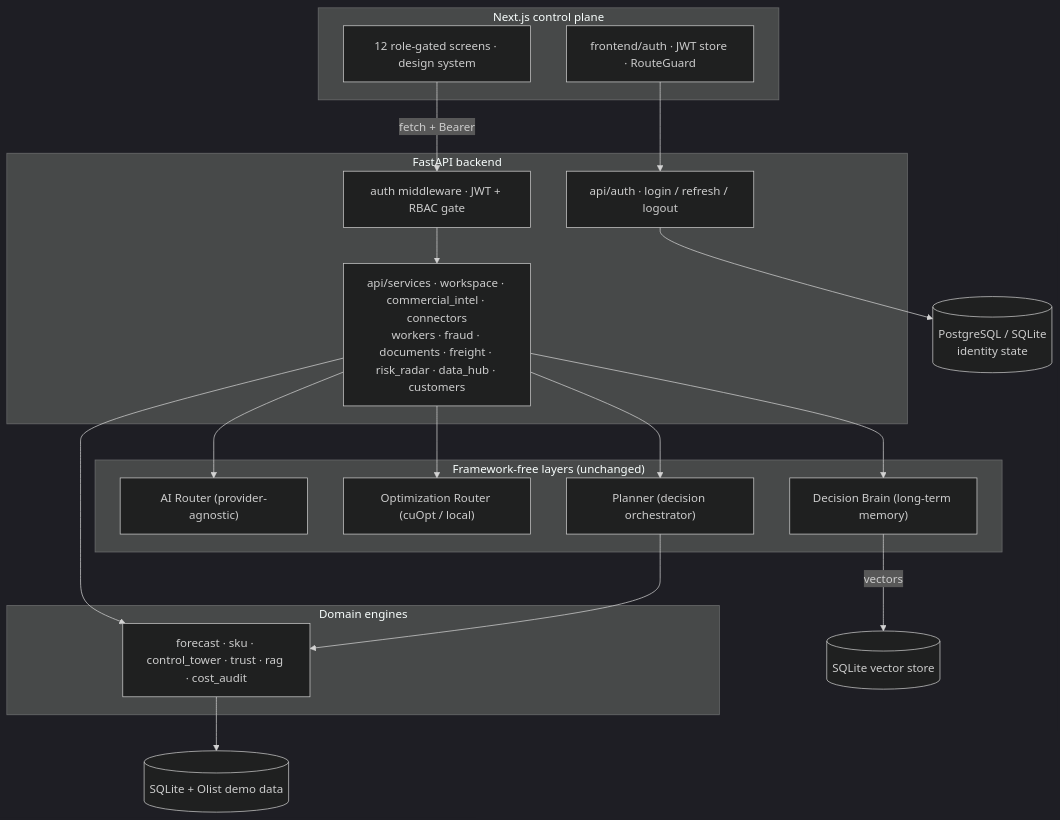
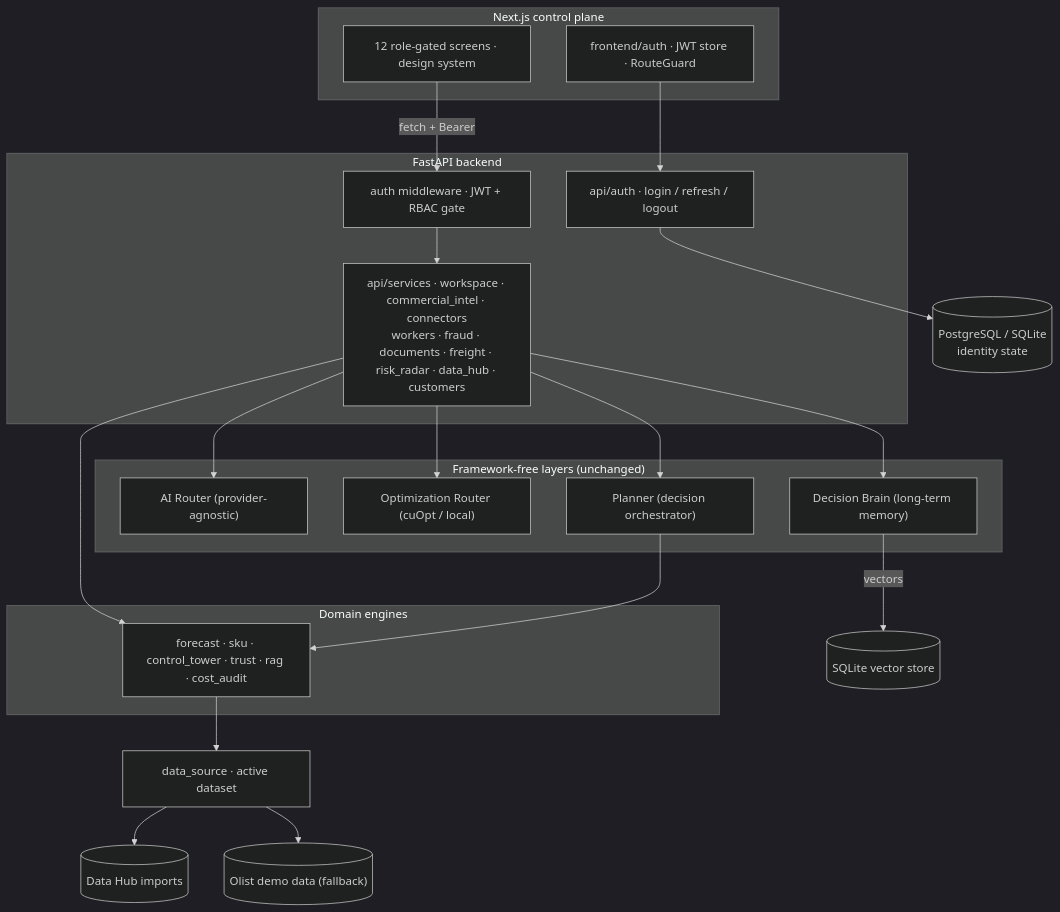
One commit to Kisharky/SupChainMate changed the first of 3 diagrams in README.md. Above: the diagram before and after it, drawn with Mermaid (dark theme). The commit also changed other lines of this file and 1 other file, not shown here.

Commit message:
docs: document the centralized data-source layer (Data Hub as single source of truth)
Claude-Session: https://claude.ai/code/session_01FcZFiLSWXV6nXZRfZjFH21

````diff
--- a/README.md
+++ b/README.md
@@ -80,29 +80,31 @@
 ```mermaid
 flowchart TB
     subgraph Client["Next.js control plane"]
         UI["12 role-gated screens · design system"]
         AUTHFE["frontend/auth · JWT store · RouteGuard"]
     end
     subgraph API["FastAPI backend"]
         GATE["auth middleware · JWT + RBAC gate"]
         AUTH["api/auth · login / refresh / logout"]
         SVC["api/services · workspace · commercial_intel · connectors<br/>workers · fraud · documents · freight · risk_radar · data_hub · customers"]
     end
     subgraph Intelligence["Framework-free layers (unchanged)"]
         AIR["AI Router (provider-agnostic)"]
         OPT["Optimization Router (cuOpt / local)"]
         PLN["Planner (decision orchestrator)"]
         BRN["Decision Brain (long-term memory)"]
     end
     subgraph Domain["Domain engines"]
         ENG["forecast · sku · control_tower · trust · rag · cost_audit"]
     end
     UI -->|"fetch + Bearer"| GATE
     AUTHFE --> AUTH
     GATE --> SVC --> ENG
     SVC --> AIR & OPT & PLN & BRN
     PLN --> ENG
     BRN -->|vectors| STORE[("SQLite vector store")]
     AUTH --> IDDB[("PostgreSQL / SQLite<br/>identity state")]
-    ENG --> DEMO[("SQLite + Olist demo data")]
+    ENG --> DS["data_source · active dataset"]
+    DS --> HUB[("Data Hub imports")]
+    DS --> DEMO[("Olist demo data (fallback)")]
 ```
````
